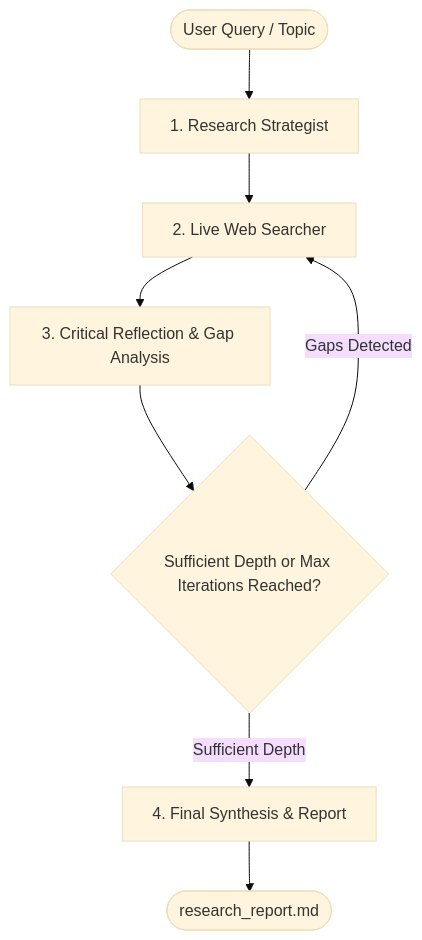
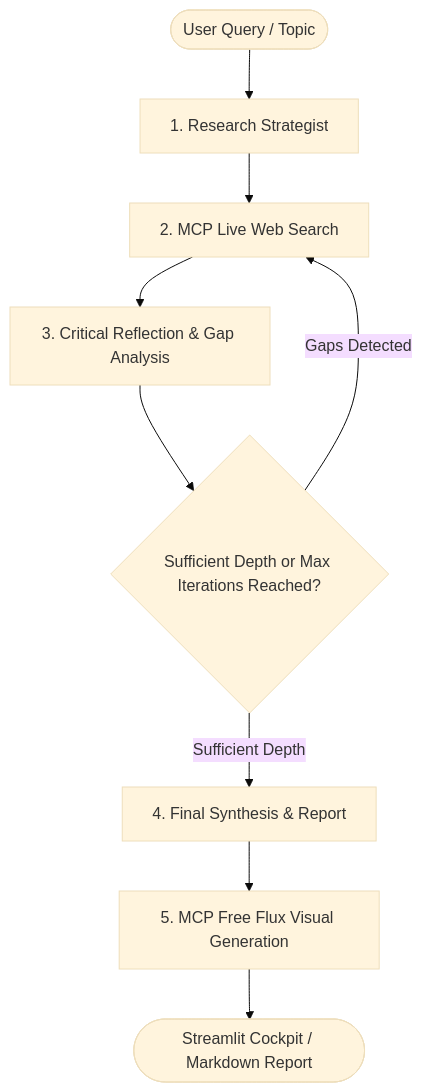
Before and after one commit to Sanil656/AI-Research-Agent: the diagram in README.md, drawn with Mermaid (base theme). The commit also changed other lines of this file and 5 other files, not shown here.

````diff
--- a/README.md
+++ b/README.md
@@ -23,10 +20,11 @@
 ```mermaid
 graph TD
     Start([User Query / Topic]) --> Plan[1. Research Strategist]
-    Plan --> Search[2. Live Web Searcher]
-    Search --> Reflect[3. Critical Reflection & Gap Analysis]
+    Plan --> MCP_Search[2. MCP Live Web Search]
+    MCP_Search --> Reflect[3. Critical Reflection & Gap Analysis]
     Reflect --> Decision{Sufficient Depth or Max Iterations Reached?}
-    Decision -- "Gaps Detected" --> Search
+    Decision -- "Gaps Detected" --> MCP_Search
     Decision -- "Sufficient Depth" --> Synthesize[4. Final Synthesis & Report]
-    Synthesize --> End([research_report.md])
+    Synthesize --> MCP_Image[5. MCP Free Flux Visual Generation]
+    MCP_Image --> End([Streamlit Cockpit / Markdown Report])
 ```
````
